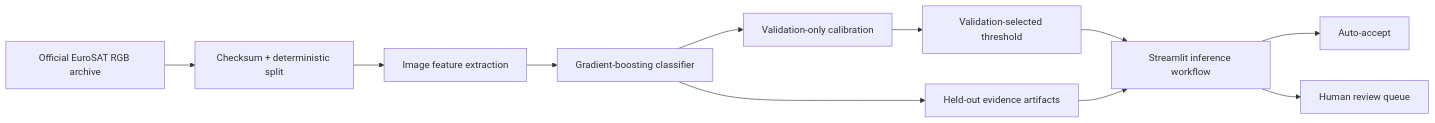
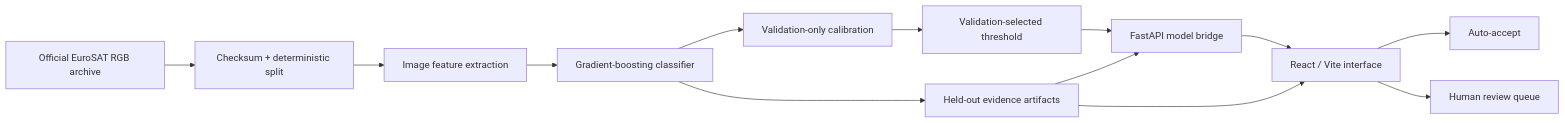
The diagram in docs/architecture.md (juicypanda41/terratrust), drawn with Mermaid before and after one commit. The commit also changed other lines of this file and 28 other files, not shown here.

````diff
--- a/docs/architecture.md
+++ b/docs/architecture.md
@@ -3,13 +3,15 @@
 ```mermaid
 flowchart LR
     A["Official EuroSAT RGB archive"] --> B["Checksum + deterministic split"]
     B --> C["Image feature extraction"]
     C --> D["Gradient-boosting classifier"]
     D --> E["Validation-only calibration"]
     E --> F["Validation-selected threshold"]
-    F --> G["Streamlit inference workflow"]
-    G --> H["Auto-accept"]
-    G --> I["Human review queue"]
+    F --> G["FastAPI model bridge"]
+    J --> G
+    G --> K["React / Vite interface"]
+    K --> H["Auto-accept"]
+    K --> I["Human review queue"]
     D --> J["Held-out evidence artifacts"]
-    J --> G
+    J --> K
 ```
````
